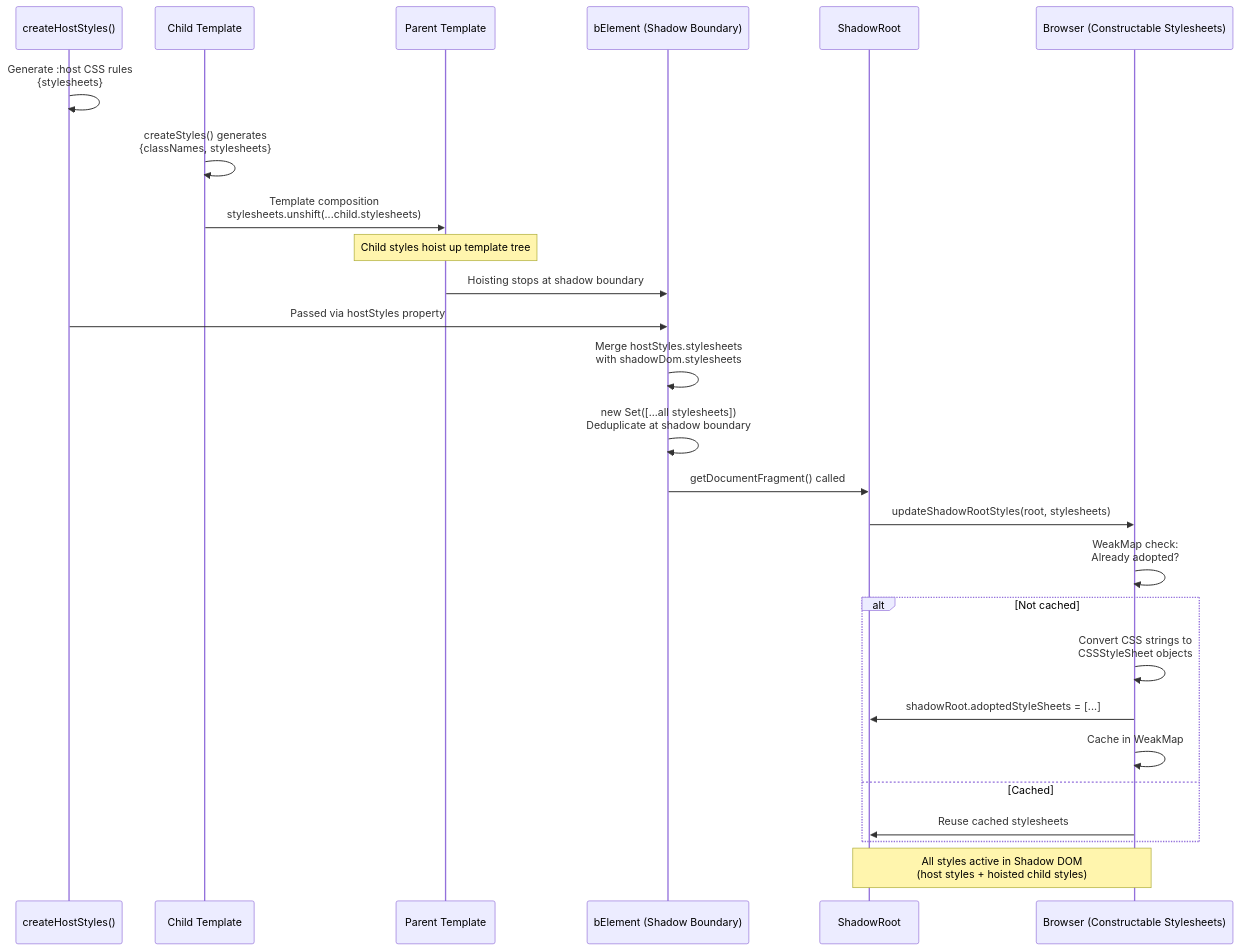
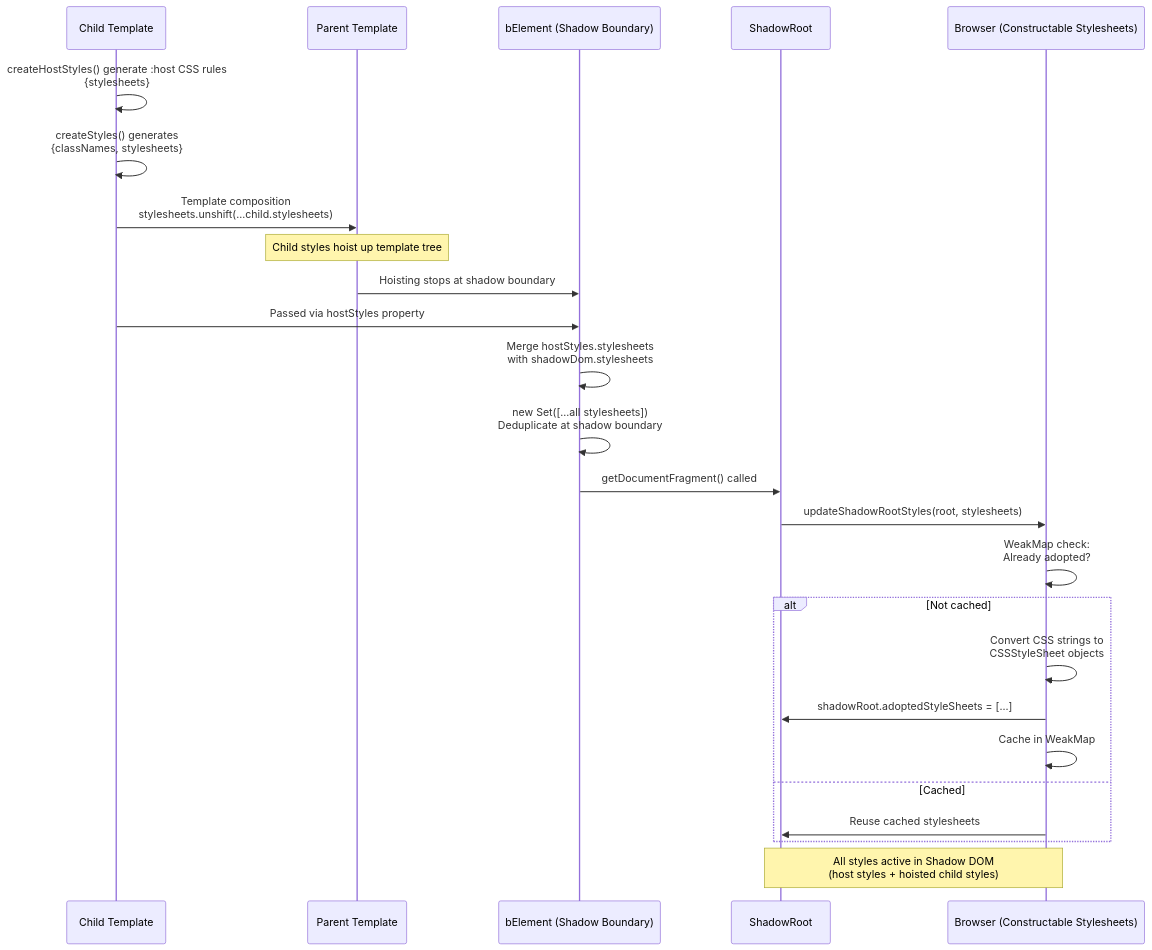
One commit to plaited/plaited changed the diagram in plugins/studio/.claude/rules/plaited/css-in-js.md. Above: the diagram before and after it, drawn with Mermaid.

Commit message:
docs(css-in-js): update hostStyles in sequence diagram

````diff
--- a/plugins/studio/.claude/rules/plaited/css-in-js.md
+++ b/plugins/studio/.claude/rules/plaited/css-in-js.md
@@ -778,29 +778,28 @@
 ```mermaid
 sequenceDiagram
-    participant HostStyles as createHostStyles()
     participant Child as Child Template
     participant Parent as Parent Template
     participant BElement as bElement (Shadow Boundary)
     participant ShadowRoot as ShadowRoot
     participant Browser as Browser (Constructable Stylesheets)
 
-    HostStyles->>HostStyles: Generate :host CSS rules<br/>{stylesheets}
+    Child->>Child: createHostStyles() generate :host CSS rules<br/>{stylesheets}
     Child->>Child: createStyles() generates<br/>{classNames, stylesheets}
     Child->>Parent: Template composition<br/>stylesheets.unshift(...child.stylesheets)
     Note over Parent: Child styles hoist up template tree
     Parent->>BElement: Hoisting stops at shadow boundary
-    HostStyles->>BElement: Passed via hostStyles property
+    Child->>BElement: Passed via hostStyles property
     BElement->>BElement: Merge hostStyles.stylesheets<br/>with shadowDom.stylesheets
     BElement->>BElement: new Set([...all stylesheets])<br/>Deduplicate at shadow boundary
     BElement->>ShadowRoot: getDocumentFragment() called
     ShadowRoot->>Browser: updateShadowRootStyles(root, stylesheets)
     Browser->>Browser: WeakMap check:<br/>Already adopted?
     alt Not cached
         Browser->>Browser: Convert CSS strings to<br/>CSSStyleSheet objects
         Browser->>ShadowRoot: shadowRoot.adoptedStyleSheets = [...]
         Browser->>Browser: Cache in WeakMap
     else Cached
         Browser->>ShadowRoot: Reuse cached stylesheets
     end
     Note over ShadowRoot,Browser: All styles active in Shadow DOM<br/>(host styles + hoisted child styles)
 ```
````
